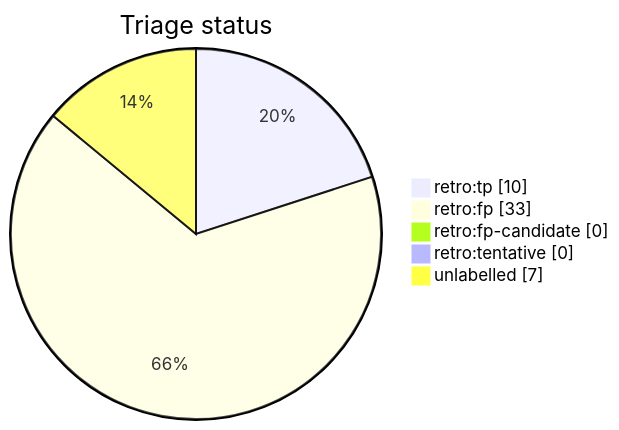
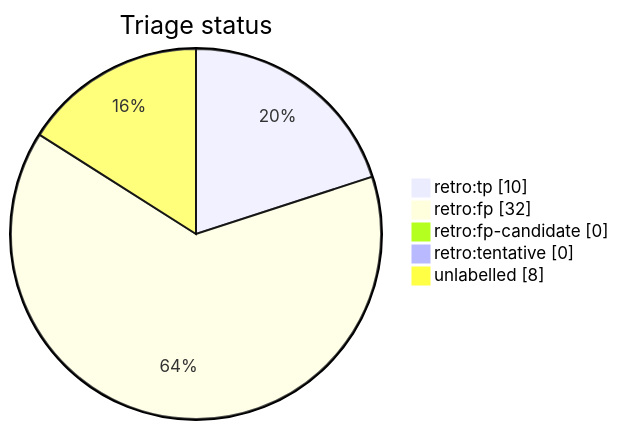
One commit to tvna/claude-md changed the diagram in docs/generated/scripts/auto-retro-triage-report.md. Above: the diagram before and after it, drawn with Mermaid. The commit also changed other lines of this file, not shown here.

First line of the commit message:
chore(auto-retro): refresh triage report

````diff
--- a/docs/generated/scripts/auto-retro-triage-report.md
+++ b/docs/generated/scripts/auto-retro-triage-report.md
@@ -17,9 +15,9 @@
 ```mermaid
 pie showData
     title Triage status
     "retro:tp" : 10
-    "retro:fp" : 33
+    "retro:fp" : 32
     "retro:fp-candidate" : 0
     "retro:tentative" : 0
-    "unlabelled" : 7
+    "unlabelled" : 8
 ```
````
